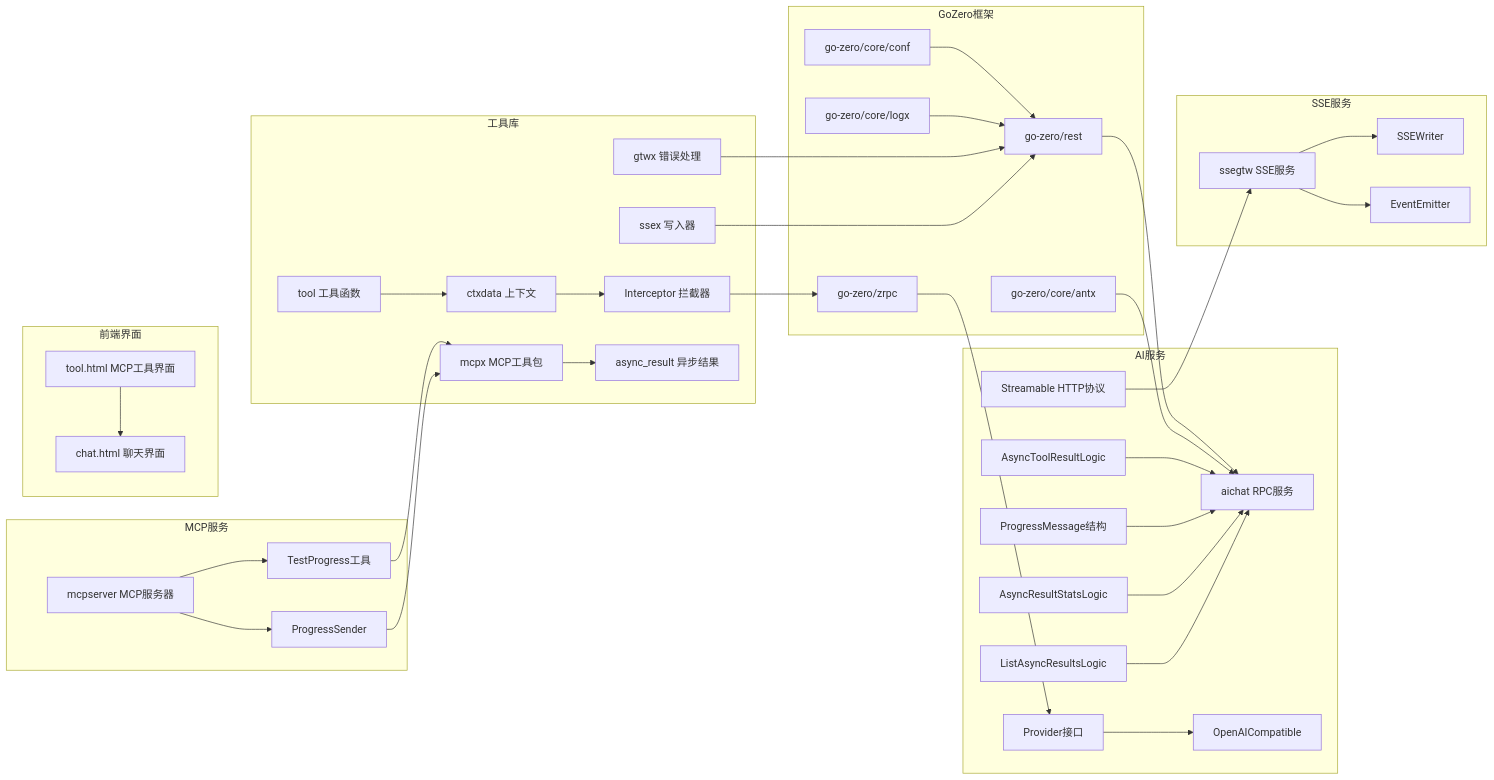
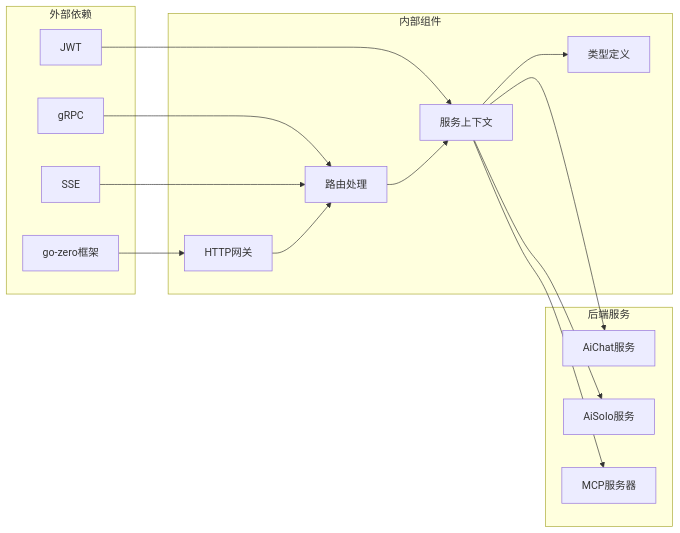
The fourth of 4 diagrams in .qoder/repowiki/zh/content/网关与接口/AI网关服务.md (maomao94/zero-service), drawn with Mermaid before and after one commit. The commit also changed other lines of this file and 58 other files, not shown here.

````diff
--- a/.qoder/repowiki/zh/content/网关与接口/AI网关服务.md
+++ b/.qoder/repowiki/zh/content/网关与接口/AI网关服务.md
@@ -1265,67 +253,30 @@
 ```mermaid
 graph LR
-subgraph "GoZero框架"
-A[go-zero/core/conf]
-B[go-zero/core/logx]
-C[go-zero/rest]
-D[go-zero/zrpc]
-E[go-zero/core/antx]
+subgraph "外部依赖"
+A[go-zero框架]
+B[gRPC]
+C[JWT]
+D[SSE]
 end
-subgraph "AI服务"
-F[aichat RPC服务]
-G[Provider接口]
-H[OpenAICompatible]
-I[Streamable HTTP协议]
-J[AsyncToolResultLogic]
-K[ProgressMessage结构]
-L[AsyncResultStatsLogic]
-M[ListAsyncResultsLogic]
+subgraph "内部组件"
+E[HTTP网关]
+F[路由处理]
+G[服务上下文]
+H[类型定义]
 end
-subgraph "SSE服务"
-N[ssegtw SSE服务]
-O[SSEWriter]
-P[EventEmitter]
+subgraph "后端服务"
+I[AiChat服务]
+J[AiSolo服务]
+K[MCP服务器]
 end
-subgraph "MCP服务"
-Q[mcpserver MCP服务器]
-R[TestProgress工具]
-S[ProgressSender]
-end
-subgraph "工具库"
-T[gtwx 错误处理]
-U[Interceptor 拦截器]
-V[ssex 写入器]
-W[ctxdata 上下文]
-X[tool 工具函数]
-Y[mcpx MCP工具包]
-Z[async_result 异步结果]
-end
-subgraph "前端界面"
-AA[tool.html MCP工具界面]
-AB[chat.html 聊天界面]
-end
-A --> C
-B --> C
-C --> F
-D --> G
+A --> E
+B --> F
+C --> G
+D --> F
 E --> F
+F --> G
 G --> H
-I --> N
-J --> F
-K --> F
-L --> F
-M --> F
-N --> O
-N --> P
-Q --> R
-Q --> S
-R --> Y
-S --> Y
-Y --> Z
-T --> C
-U --> D
-V --> C
-W --> U
-X --> W
-AA --> AB
+G --> I
+G --> J
+G --> K
 ```
````
